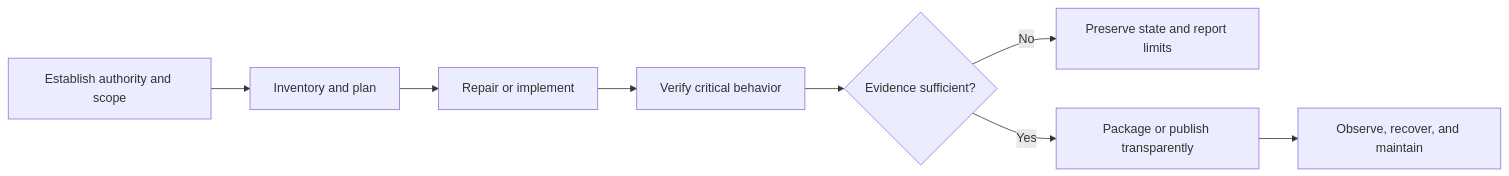
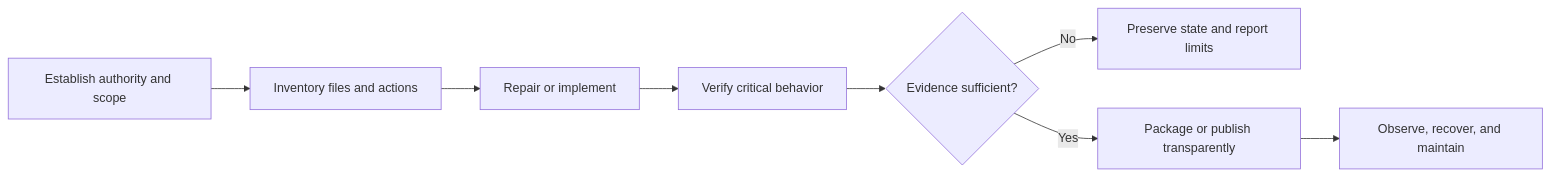
The diagram in PROJECT_FRAMEWORK.md (Jnapier2/Jnapier2), drawn with Mermaid before and after one commit. The commit also changed other lines of this file and 7 other files, not shown here.

````diff
--- a/PROJECT_FRAMEWORK.md
+++ b/PROJECT_FRAMEWORK.md
@@ -29,10 +29,10 @@
 ```mermaid
 flowchart LR
-    A["Establish authority and scope"] --> B["Inventory and plan"]
+    A["Establish authority and scope"] --> B["Inventory files and actions"]
     B --> C["Repair or implement"]
     C --> D["Verify critical behavior"]
     D --> E{"Evidence sufficient?"}
     E -- "No" --> F["Preserve state and report limits"]
     E -- "Yes" --> G["Package or publish transparently"]
     G --> H["Observe, recover, and maintain"]
 ```
````
